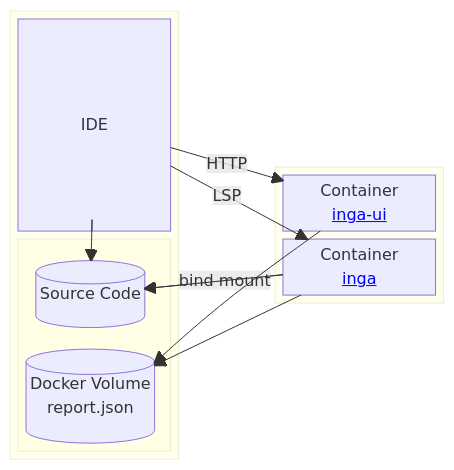
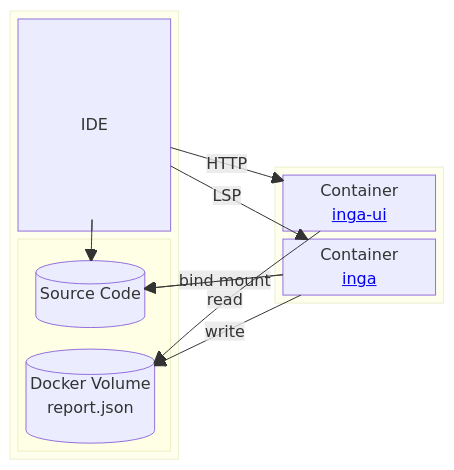
One commit to seachicken/intellij-inga changed the diagram in docs/architecture.md. Above: the diagram before and after it, drawn with Mermaid.

````diff
--- a/docs/architecture.md
+++ b/docs/architecture.md
@@ -3,27 +3,27 @@
 ```mermaid
 block-beta
 columns 5
   block:Host:2
     columns 1
     IDE
     block
       columns 1
       Source[("Source Code")]
       DockerVolume[("Docker Volume\nreport.json")]
     end
   end
   space
   block:Container:2
     columns 1
     inga_ui["Container\n<a href='https://github.com/seachicken/inga-ui'>inga-ui</a>"]
     inga["Container\n<a href='https://github.com/seachicken/inga'>inga</a>"]
   end
 
   IDE --> Source
   IDE -- "HTTP" --> inga_ui
   IDE -- "LSP" --> inga
   inga -- "bind mount" --> Source
-  inga_ui --> DockerVolume
-  inga --> DockerVolume
+  inga_ui -- "read" --> DockerVolume
+  inga -- "write" --> DockerVolume
   inga --> Source
 ```
````
